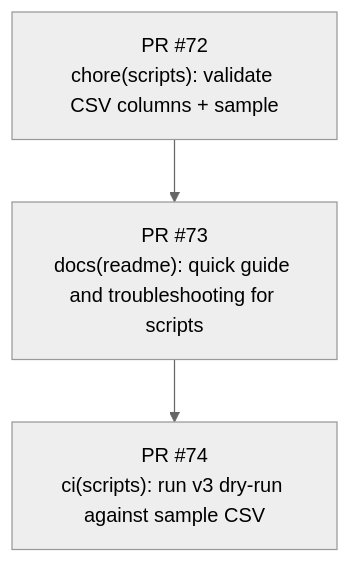
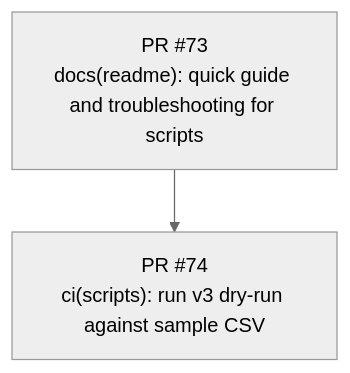
Before and after one commit to revton/car-fuel: the diagram in docs/stack-plan/STACK-PR-PLAN.md, drawn with Mermaid (neutral theme).

Commit message:
docs(stack): update Mermaid stack graph

````diff
--- a/docs/stack-plan/STACK-PR-PLAN.md
+++ b/docs/stack-plan/STACK-PR-PLAN.md
@@ -6,11 +6,8 @@
 ```mermaid
 flowchart TD
   pr74["PR #74
 ci(scripts): run v3 dry-run against sample CSV"]
   pr73["PR #73
 docs(readme): quick guide and troubleshooting for scripts"]
-  pr72["PR #72
-chore(scripts): validate CSV columns + sample"]
   pr73 --> pr74
-  pr72 --> pr73
 ```
````
